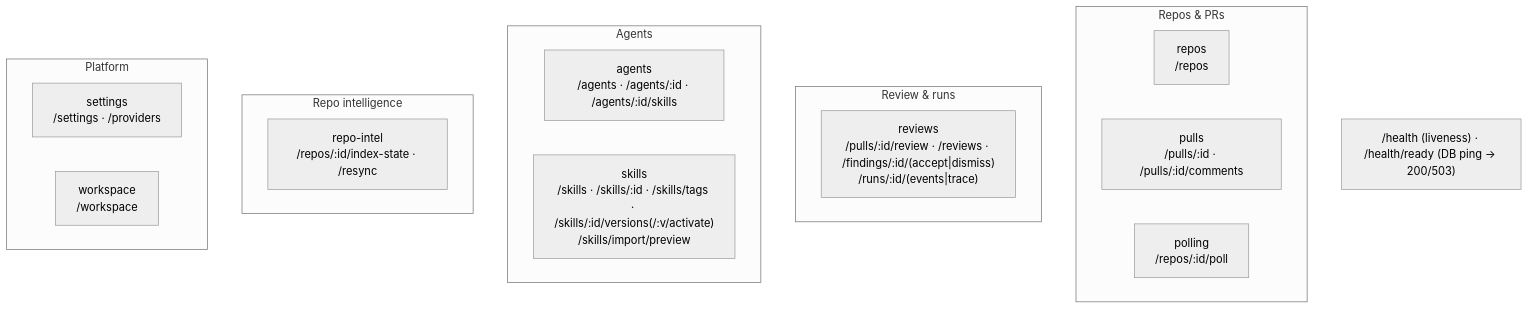
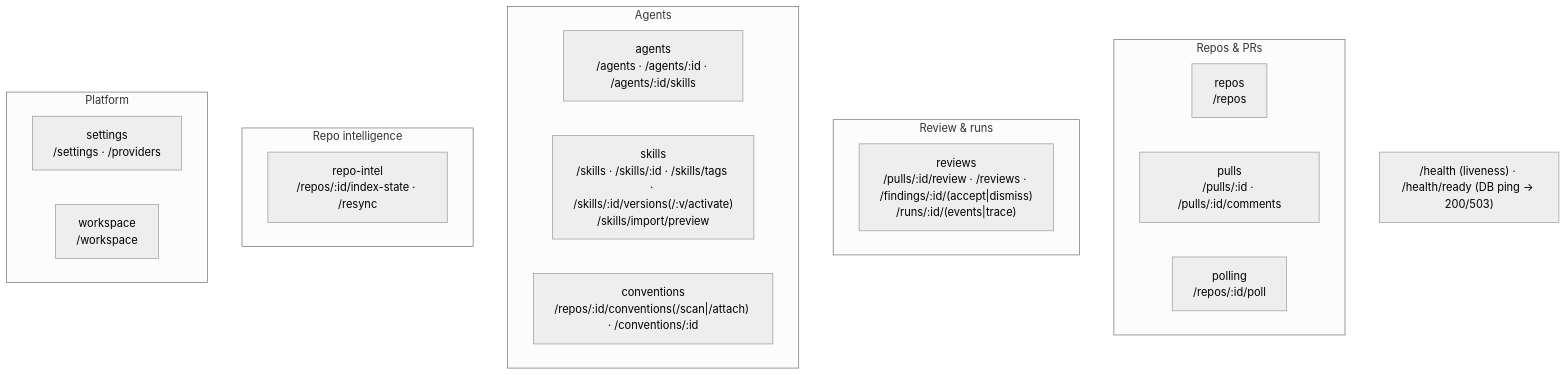
The second of 2 diagrams in server/README.md (Volodymyr-Hula/dev-digest), drawn with Mermaid (neutral theme) before and after one commit. The commit also changed 27 other files, not shown here.

Commit message:
feat: conventions extraction API with scan job, evidence grounding, accept/reject and skill attach

````diff
--- a/server/README.md
+++ b/server/README.md
@@ -49,23 +49,24 @@
 ```mermaid
 flowchart TB
   subgraph Repos_PRs["Repos & PRs"]
     repos["repos<br/>/repos"]
     pulls["pulls<br/>/pulls/:id · /pulls/:id/comments"]
     polling["polling<br/>/repos/:id/poll"]
   end
   subgraph Review["Review & runs"]
     reviews["reviews<br/>/pulls/:id/review · /reviews · /findings/:id/(accept|dismiss)<br/>/runs/:id/(events|trace)"]
   end
   subgraph Agents["Agents"]
     agents["agents<br/>/agents · /agents/:id · /agents/:id/skills"]
     skills["skills<br/>/skills · /skills/:id · /skills/tags · /skills/:id/versions(/:v/activate)<br/>/skills/import/preview"]
+    conventions["conventions<br/>/repos/:id/conventions(/scan|/attach) · /conventions/:id"]
   end
   subgraph Intel["Repo intelligence"]
     repoIntel["repo-intel<br/>/repos/:id/index-state · /resync"]
   end
   subgraph Platform["Platform"]
     settings["settings<br/>/settings · /providers"]
     workspace["workspace<br/>/workspace"]
   end
   HEALTH["/health (liveness) · /health/ready (DB ping → 200/503)"]
 ```
````
